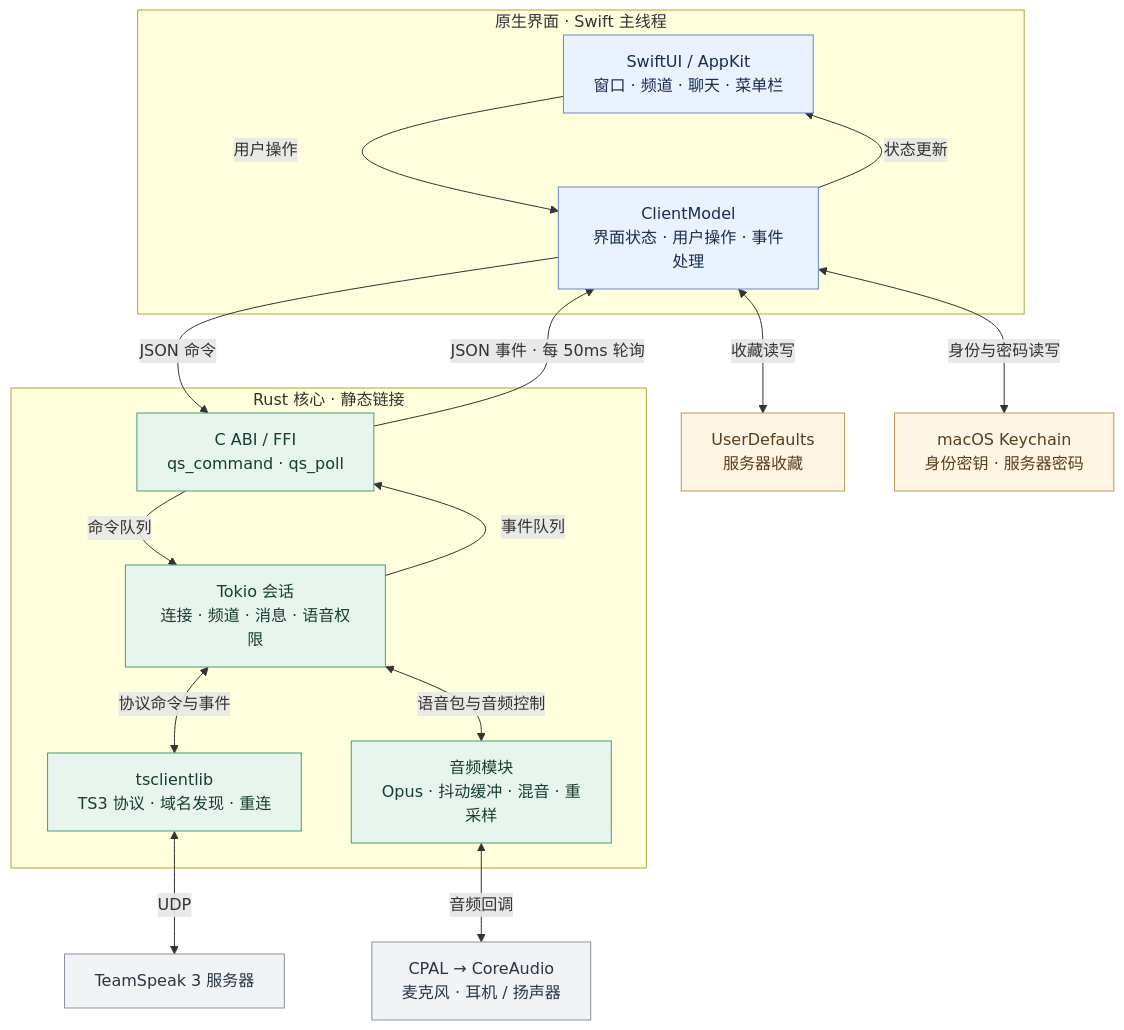
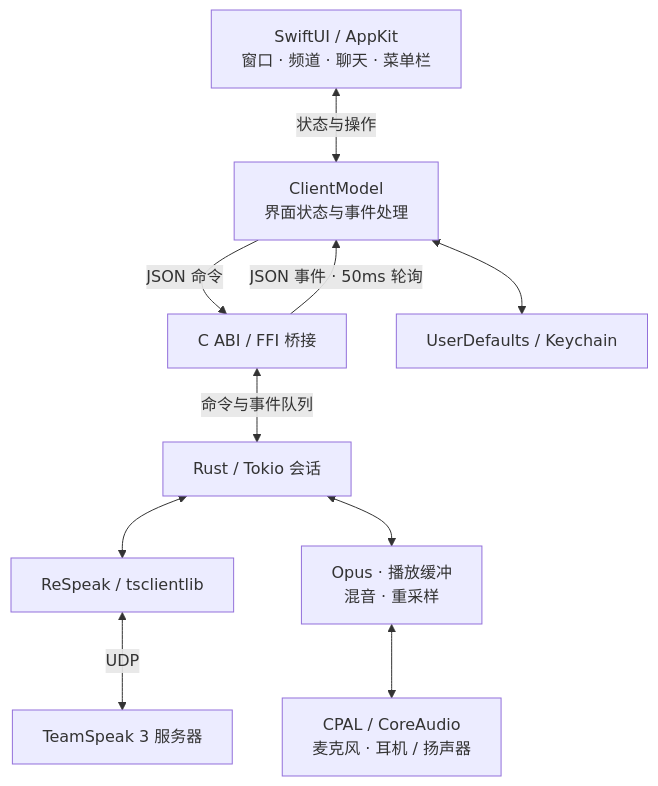
The diagram in README.md (Green-hats/QuietSpeak), drawn with Mermaid before and after one commit. The commit also changed other lines of this file and 3 other files, not shown here.

````diff
--- a/README.md
+++ b/README.md
@@ -71,36 +99,12 @@
 ```mermaid
 flowchart TB
-    subgraph SWIFT["原生界面 · Swift 主线程"]
-        UI["SwiftUI / AppKit<br/>窗口 · 频道 · 聊天 · 菜单栏"]
-        MODEL["ClientModel<br/>界面状态 · 用户操作 · 事件处理"]
-        UI -->|用户操作| MODEL
-        MODEL -->|状态更新| UI
-    end
-
-    subgraph RUST["Rust 核心 · 静态链接"]
-        FFI["C ABI / FFI<br/>qs_command · qs_poll"]
-        SESSION["Tokio 会话<br/>连接 · 频道 · 消息 · 语音权限"]
-        PROTO["tsclientlib<br/>TS3 协议 · 域名发现 · 重连"]
-        AUDIO["音频模块<br/>Opus · 抖动缓冲 · 混音 · 重采样"]
-        FFI -->|命令队列| SESSION
-        SESSION -->|事件队列| FFI
-        SESSION <-->|协议命令与事件| PROTO
-        SESSION <-->|语音包与音频控制| AUDIO
-    end
-
-    MODEL -->|JSON 命令| FFI
-    FFI -->|JSON 事件 · 每 50ms 轮询| MODEL
-    MODEL <-->|收藏读写| PREFS["UserDefaults<br/>服务器收藏"]
-    MODEL <-->|身份与密码读写| KEYS["macOS Keychain<br/>身份密钥 · 服务器密码"]
+    UI["SwiftUI / AppKit<br/>窗口 · 频道 · 聊天 · 菜单栏"] <-->|状态与操作| MODEL["ClientModel<br/>界面状态与事件处理"]
+    MODEL -->|JSON 命令| FFI["C ABI / FFI 桥接"]
+    FFI -->|JSON 事件 · 50ms 轮询| MODEL
+    FFI <-->|命令与事件队列| SESSION["Rust / Tokio 会话"]
+    SESSION <--> PROTO["ReSpeak / tsclientlib"]
     PROTO <-->|UDP| SERVER["TeamSpeak 3 服务器"]
-    AUDIO <-->|音频回调| DEVICE["CPAL → CoreAudio<br/>麦克风 · 耳机 / 扬声器"]
-
-    classDef swift fill:#eaf1ff,stroke:#6689c7,color:#182e50;
-    classDef rust fill:#e8f5ef,stroke:#4c9977,color:#183e2d;
-    classDef storage fill:#fff5e4,stroke:#be9756,color:#593e1b;
-    classDef external fill:#f1f3f5,stroke:#87939e,color:#273746;
-    class UI,MODEL swift;
-    class FFI,SESSION,PROTO,AUDIO rust;
-    class PREFS,KEYS storage;
-    class SERVER,DEVICE external;
+    SESSION <--> AUDIO["Opus · 播放缓冲<br/>混音 · 重采样"]
+    AUDIO <--> DEVICE["CPAL / CoreAudio<br/>麦克风 · 耳机 / 扬声器"]
+    MODEL <--> STORAGE["UserDefaults / Keychain"]
 ```
````
